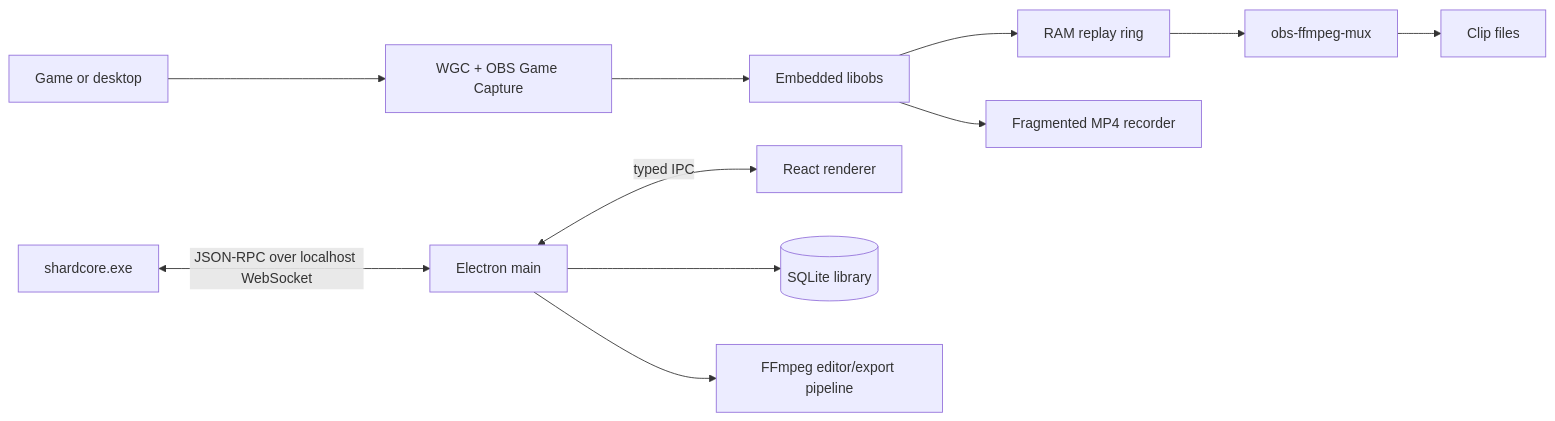
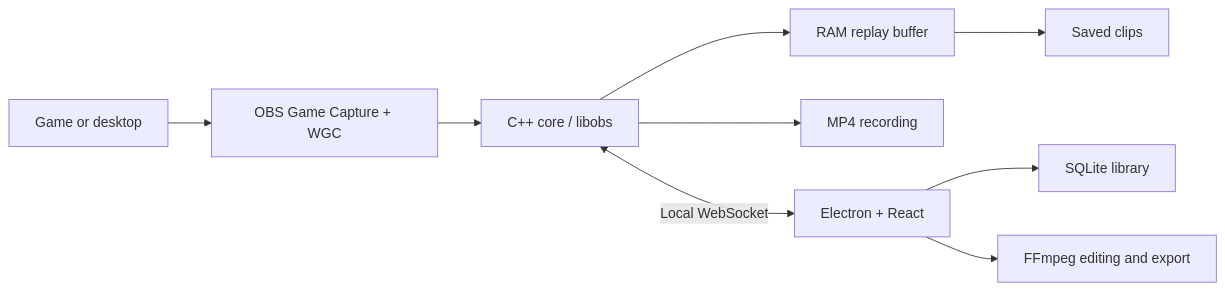
One commit to Peppxrr/Shard changed the diagram in README.md. Above: the diagram before and after it, drawn with Mermaid. The commit also changed other lines of this file and 146 other files, not shown here.

````diff
--- a/README.md
+++ b/README.md
@@ -29,13 +26,11 @@
 ```mermaid
 flowchart LR
-    Game[Game or desktop] --> Capture[WGC + OBS Game Capture]
-    Capture --> OBS[Embedded libobs]
-    OBS --> Ring[RAM replay ring]
-    OBS --> Recorder[Fragmented MP4 recorder]
-    Ring --> Mux[obs-ffmpeg-mux]
-    Mux --> Clips[Clip files]
-    Core[shardcore.exe] <-->|JSON-RPC over localhost WebSocket| Main[Electron main]
-    Main <-->|typed IPC| UI[React renderer]
-    Main --> Library[(SQLite library)]
-    Main --> Export[FFmpeg editor/export pipeline]
+    Game[Game or desktop] --> Capture[OBS Game Capture + WGC]
+    Capture --> Core[C++ core / libobs]
+    Core --> Ring[RAM replay buffer]
+    Core --> Recording[MP4 recording]
+    Ring --> Clips[Saved clips]
+    Core <-->|Local WebSocket| App[Electron + React]
+    App --> Library[SQLite library]
+    App --> Export[FFmpeg editing and export]
 ```
````
